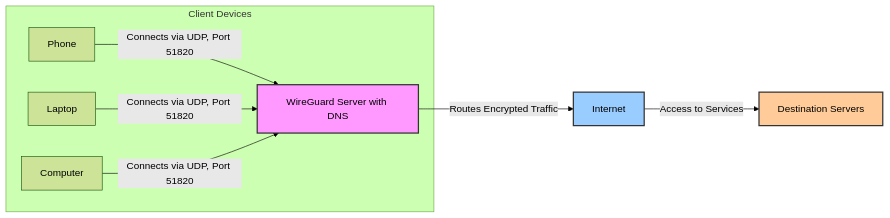
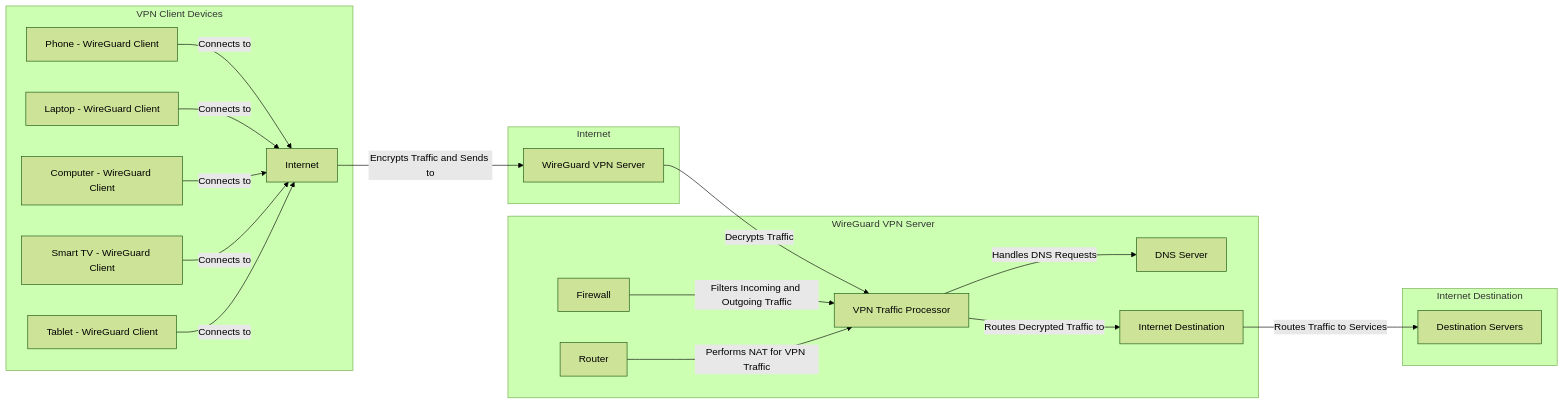
One commit to Strong-Foundation/wireguard-manager changed the diagram in test/readme.md. Above: the diagram before and after it, drawn with Mermaid (forest theme).

````diff
--- a/test/readme.md
+++ b/test/readme.md
@@ -1,18 +1,31 @@
 ```mermaid
 graph LR
-  subgraph Client Devices
-    A[Phone] -->|Connects via UDP, Port 51820| VPN
-    B[Laptop] -->|Connects via UDP, Port 51820| VPN
-    C[Computer] -->|Connects via UDP, Port 51820| VPN
+  %% VPN Client Devices
+  subgraph "VPN Client Devices"
+    phone[Phone - WireGuard Client] -->|Connects to| internet["Internet"]
+    laptop[Laptop - WireGuard Client] -->|Connects to| internet
+    computer[Computer - WireGuard Client] -->|Connects to| internet
+    smartTV[Smart TV - WireGuard Client] -->|Connects to| internet
+    tablet[Tablet - WireGuard Client] -->|Connects to| internet
   end
 
-  VPN[WireGuard Server with DNS]:::server
+  %% Internet Layer
+  subgraph "Internet"
+    internet -->|Encrypts Traffic and Sends to| vpnServer[WireGuard VPN Server]
+  end
 
-  VPN -->|Routes Encrypted Traffic| I[Internet]:::internet
+  %% WireGuard VPN Server
+  subgraph "WireGuard VPN Server"
+    vpnServer -->|Decrypts Traffic| wireGuardVPN[VPN Traffic Processor]
+    wireGuardVPN -->|Handles DNS Requests| dnsServer[DNS Server]
+    firewall[Firewall] -->|Filters Incoming and Outgoing Traffic| wireGuardVPN
+    router[Router] -->|Performs NAT for VPN Traffic| wireGuardVPN
+    wireGuardVPN -->|Routes Decrypted Traffic to| internetDestination["Internet Destination"]
+  end
 
-  I -->|Access to Services| D[Destination Servers]:::services
+  %% Internet Destination
+  subgraph "Internet Destination"
+    internetDestination -->|Routes Traffic to Services| destinationServices[Destination Servers]
+  end
 
-  classDef server fill:#f9f,stroke:#333,stroke-width:2px;
-  classDef internet fill:#9cf,stroke:#333,stroke-width:2px;
-  classDef services fill:#fc9,stroke:#333,stroke-width:2px;
 ```
````
